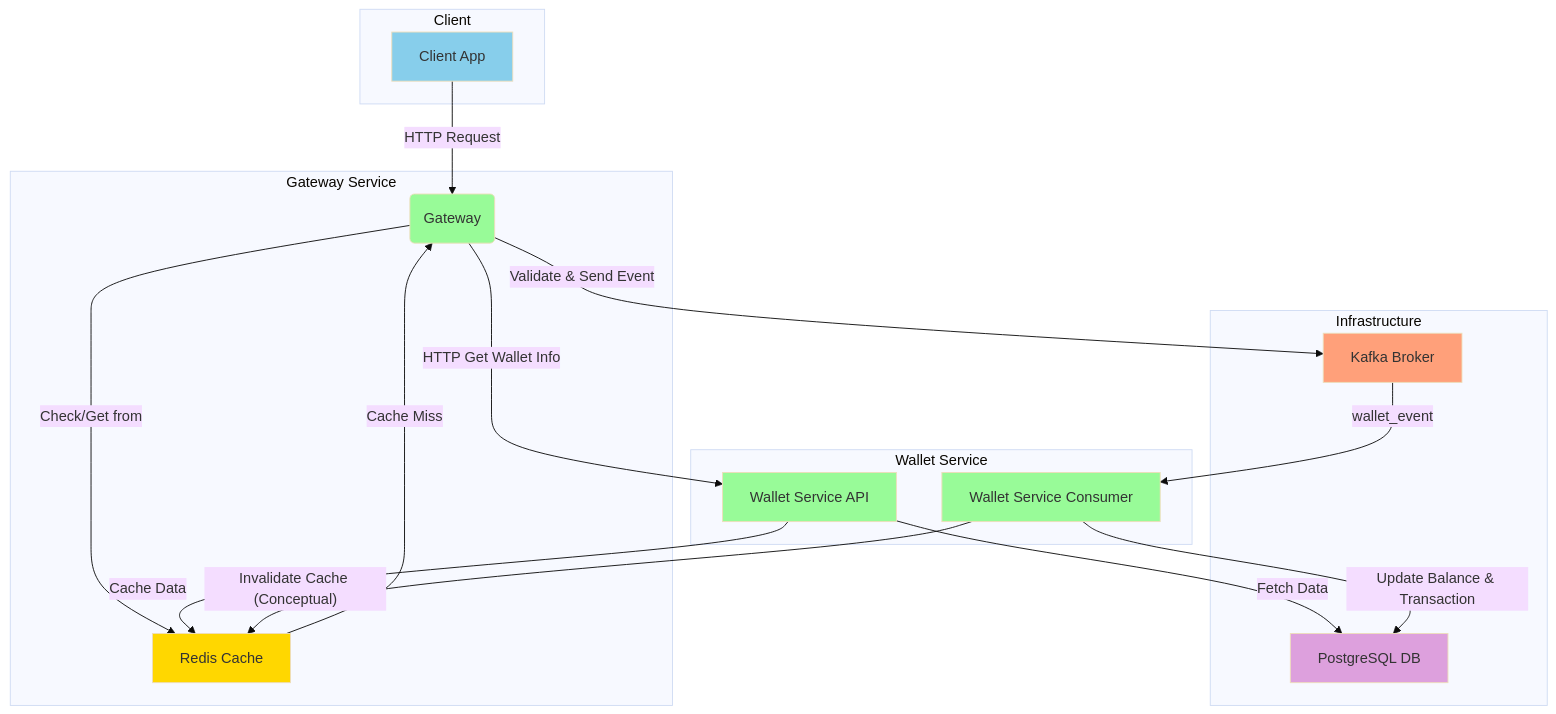
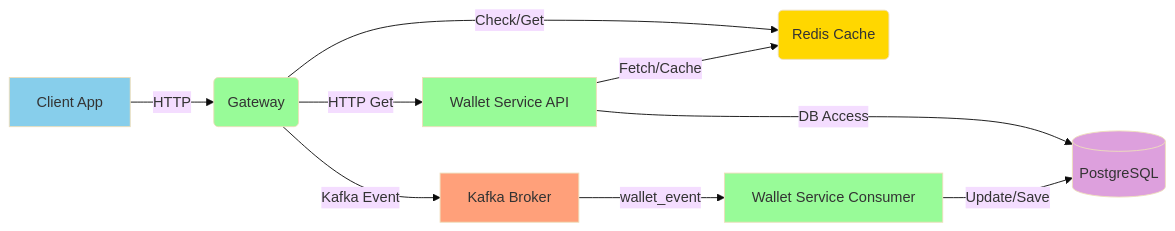
One commit to Romanenko3490/wallet-test changed the diagram in README.md. Above: the diagram before and after it, drawn with Mermaid (base theme).

Commit message:
Complete tests + 2 EndPoints

````diff
--- a/README.md
+++ b/README.md
@@ -9,42 +9,26 @@
 ```mermaid
-graph TD
-    subgraph "Client"
-        A[Client App]
-    end
 
-    subgraph "Gateway Service"
-        B(Gateway)
-        C[Redis Cache]
-    end
 
-    subgraph "Wallet Service"
-        D[Wallet Service API]
-        E[Wallet Service Consumer]
-    end
 
-    subgraph "Infrastructure"
-        F[Kafka Broker]
-        G[PostgreSQL DB]
-    end
-
-    A -- "HTTP Request" --> B
-    B -- "Check/Get from" --> C
-    C -- "Cache Miss" --> B
-    B -- "HTTP Get Wallet Info" --> D
-    D -- "Fetch Data" --> G
-    D -- "Cache Data" --> C
-    B -- "Validate & Send Event" --> F
-    F -- "wallet_event" --> E
-    E -- "Update Balance & Transaction" --> G
-    E -- "Invalidate Cache (Conceptual)" --> C
+graph LR
+    A[Client App] -->|HTTP| B(Gateway)
+    B -->|Check/Get| C(Redis Cache)
+    B -->|HTTP Get| D[Wallet Service API]
+    D -->|Fetch/Cache| C
+    B -->|Kafka Event| F[Kafka Broker]
+    F -->|wallet_event| E[Wallet Service Consumer]
+    D -->|DB Access| G[(PostgreSQL)]
+    E -->|Update/Save| G
 
     style A fill:#87CEEB
     style B fill:#98FB98
     style C fill:#FFD700
     style D fill:#98FB98
     style E fill:#98FB98
     style F fill:#FFA07A
     style G fill:#DDA0DD
 
 
+
+
 ```
````
